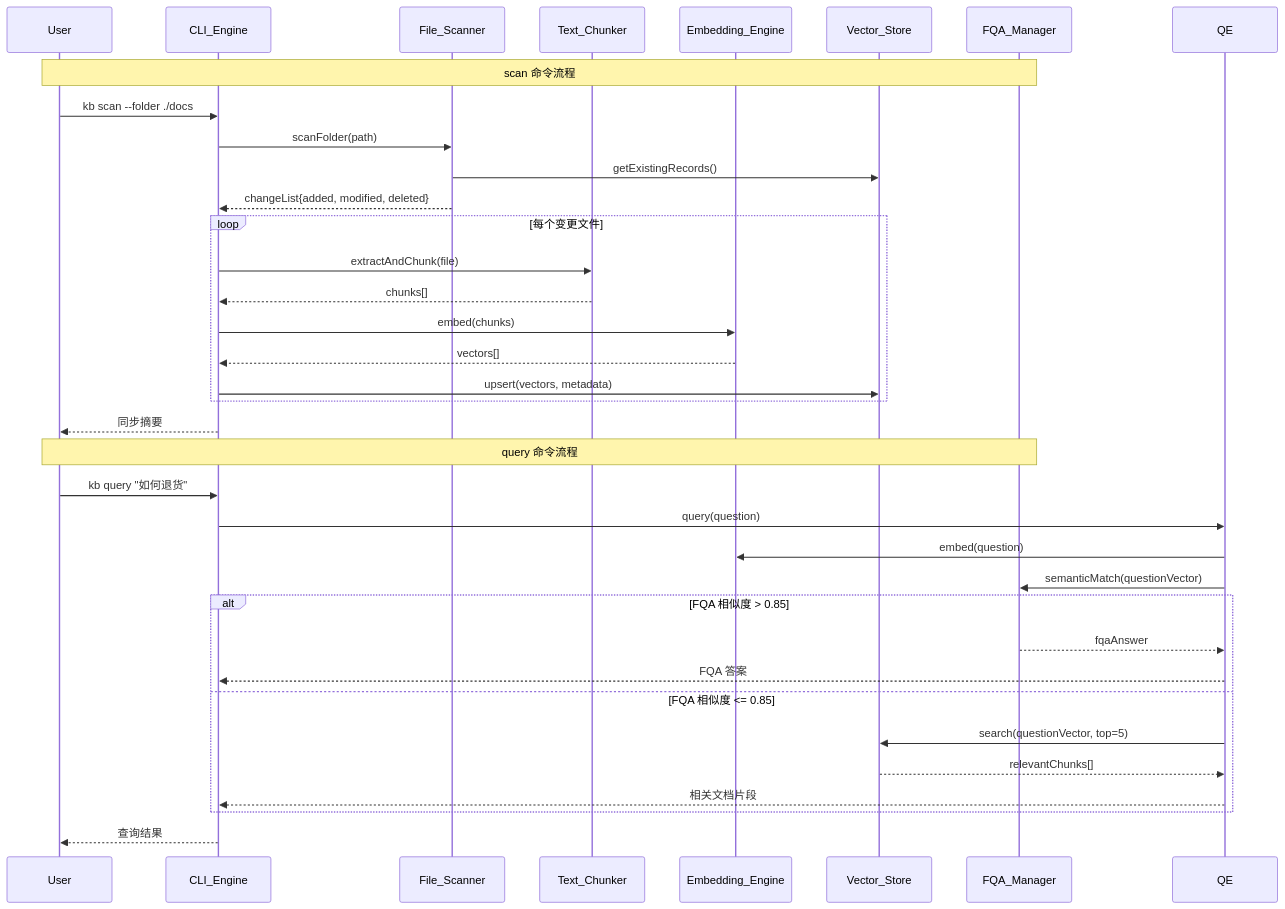
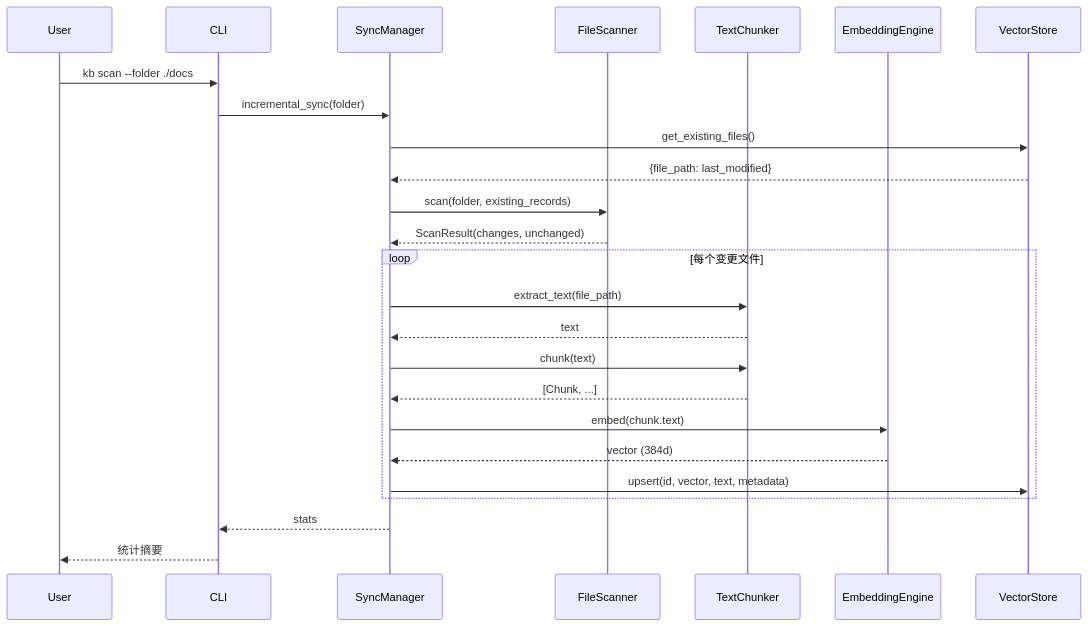
Before and after one commit to fuxm0818/coi: the second of 2 diagrams in .kiro/specs/local-knowledge-base/design.md, drawn with Mermaid. The commit also changed other lines of this file and 1 other file, not shown here.

````diff
--- a/.kiro/specs/local-knowledge-base/design.md
+++ b/.kiro/specs/local-knowledge-base/design.md
@@ -69,39 +49,30 @@
 ```mermaid
 sequenceDiagram
     participant User
-    participant CLI as CLI_Engine
-    participant FS as File_Scanner
-    participant TC as Text_Chunker
-    participant EE as Embedding_Engine
-    participant VS as Vector_Store
-    participant FM as FQA_Manager
+    participant CLI
+    participant SyncManager
+    participant FileScanner
+    participant TextChunker
+    participant EmbeddingEngine
+    participant VectorStore
 
-    Note over User,FM: scan 命令流程
     User->>CLI: kb scan --folder ./docs
-    CLI->>FS: scanFolder(path)
-    FS->>VS: getExistingRecords()
-    FS-->>CLI: changeList{added, modified, deleted}
+    CLI->>SyncManager: incremental_sync(folder)
+    SyncManager->>VectorStore: get_existing_files()
+    VectorStore-->>SyncManager: {file_path: last_modified}
+    SyncManager->>FileScanner: scan(folder, existing_records)
+    FileScanner-->>SyncManager: ScanResult(changes, unchanged)
+    
     loop 每个变更文件
-        CLI->>TC: extractAndChunk(file)
-        TC-->>CLI: chunks[]
-        CLI->>EE: embed(chunks)
-        EE-->>CLI: vectors[]
-        CLI->>VS: upsert(vectors, metadata)
+        SyncManager->>TextChunker: extract_text(file_path)
+        TextChunker-->>SyncManager: text
+        SyncManager->>TextChunker: chunk(text)
+        TextChunker-->>SyncManager: [Chunk, ...]
+        SyncManager->>EmbeddingEngine: embed(chunk.text)
+        EmbeddingEngine-->>SyncManager: vector (384d)
+        SyncManager->>VectorStore: upsert(id, vector, text, metadata)
     end
-    CLI-->>User: 同步摘要
-
-    Note over User,FM: query 命令流程
-    User->>CLI: kb query "如何退货"
-    CLI->>QE: query(question)
-    QE->>EE: embed(question)
-    QE->>FM: semanticMatch(questionVector)
-    alt FQA 相似度 > 0.85
-        FM-->>QE: fqaAnswer
-        QE-->>CLI: FQA 答案
-    else FQA 相似度 <= 0.85
-        QE->>VS: search(questionVector, top=5)
-        VS-->>QE: relevantChunks[]
-        QE-->>CLI: 相关文档片段
-    end
-    CLI-->>User: 查询结果
+    
+    SyncManager-->>CLI: stats
+    CLI-->>User: 统计摘要
 ```
````
